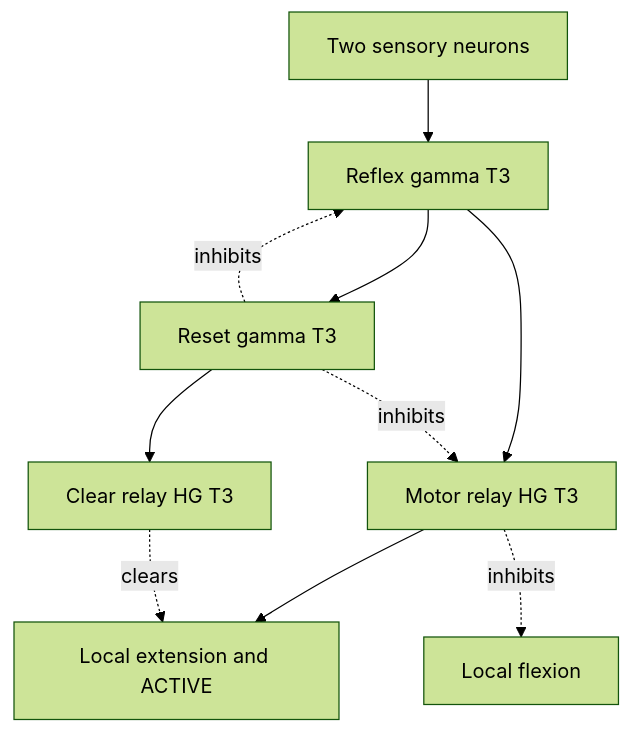
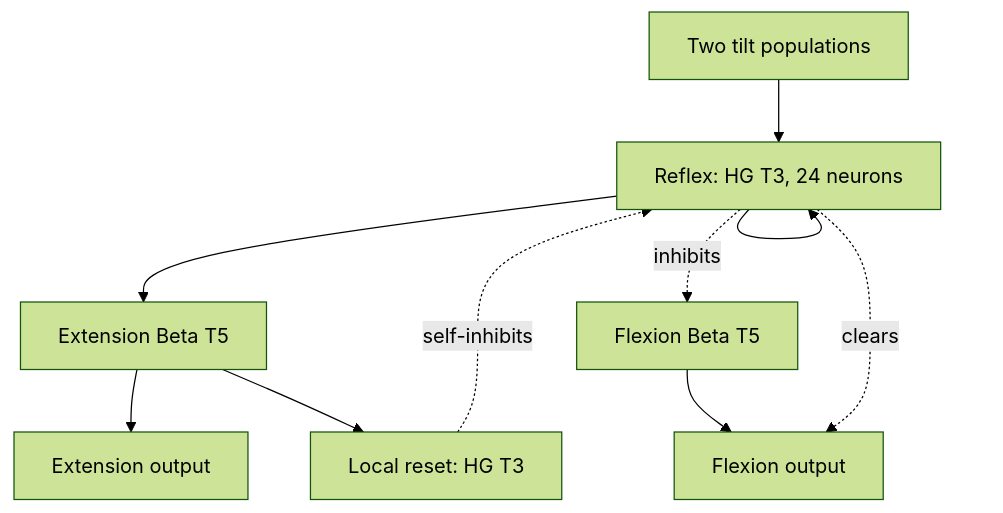
One commit to artificial-brains-inc/primalux-quadruped-walk-neural-loop changed the diagram in docs/REFLEX.md. Above: the diagram before and after it, drawn with Mermaid (forest theme). The commit also changed other lines of this file and 18 other files, not shown here.

Commit message:
Recruit motor Betas with larger local high-gamma reflexes

````diff
--- a/docs/REFLEX.md
+++ b/docs/REFLEX.md
@@ -37,12 +8,12 @@
 ```mermaid
 flowchart TD
-    T["Two sensory neurons"] --> R["Reflex gamma T3"]
-    R --> M["Motor relay HG T3"]
-    R --> S["Reset gamma T3"]
-    S -. "inhibits" .-> R
-    S -. "inhibits" .-> M
-    M --> E["Local extension and ACTIVE"]
-    M -. "inhibits" .-> F["Local flexion"]
-    S --> C["Clear relay HG T3"]
-    C -. "clears" .-> E
+    S["Two tilt populations"] --> R["Reflex: HG T3, 24 neurons"]
+    R --> E["Extension Beta T5"]
+    E --> O["Extension output"]
+    R -. "inhibits" .-> F["Flexion Beta T5"]
+    F --> P["Flexion output"]
+    R -. "clears" .-> P
+    E --> C["Local reset: HG T3"]
+    R --> R
+    C -. "self-inhibits" .-> R
 ```
````
